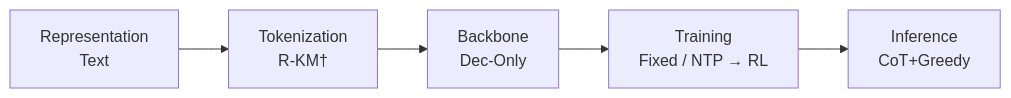
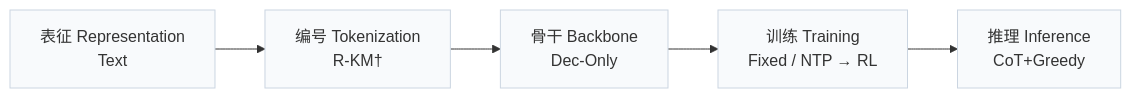
One commit to Galaxy-ghost/Awesome-SID-Generative-Rec changed the first of 2 diagrams in pages/zh/papers/rerankid.md. Above: the diagram before and after it, drawn with Mermaid. The commit also changed other lines of this file and 649 other files, not shown here.

Commit message:
writer-05: also tags and modality index (schema, check, build, visuals); summary field removed; calibration data for 12 papers

````diff
--- a/pages/zh/papers/rerankid.md
+++ b/pages/zh/papers/rerankid.md
@@ -13,4 +15,6 @@
 ```mermaid
 flowchart LR
-    R["Representation<br/>Text"] --> T["Tokenization<br/>R-KM†"] --> B["Backbone<br/>Dec-Only"] --> TR["Training<br/>Fixed / NTP → RL"] --> I["Inference<br/>CoT+Greedy"]
+    R["表征 Representation<br/>Text"] --> T["编号 Tokenization<br/>R-KM†"] --> B["骨干 Backbone<br/>Dec-Only"] --> TR["训练 Training<br/>Fixed / NTP → RL"] --> I["推理 Inference<br/>CoT+Greedy"]
+    classDef base fill:#f8fafc,stroke:#cbd5e1
+    class R,T,B,TR,I base
 ```
````
